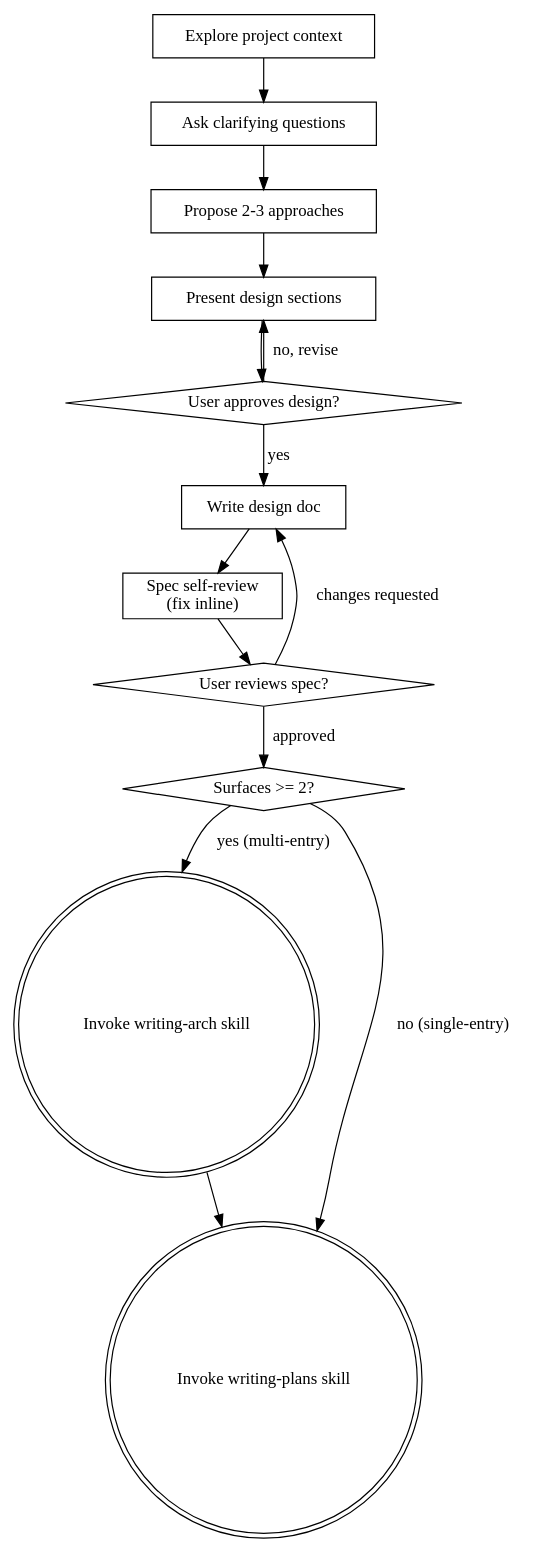
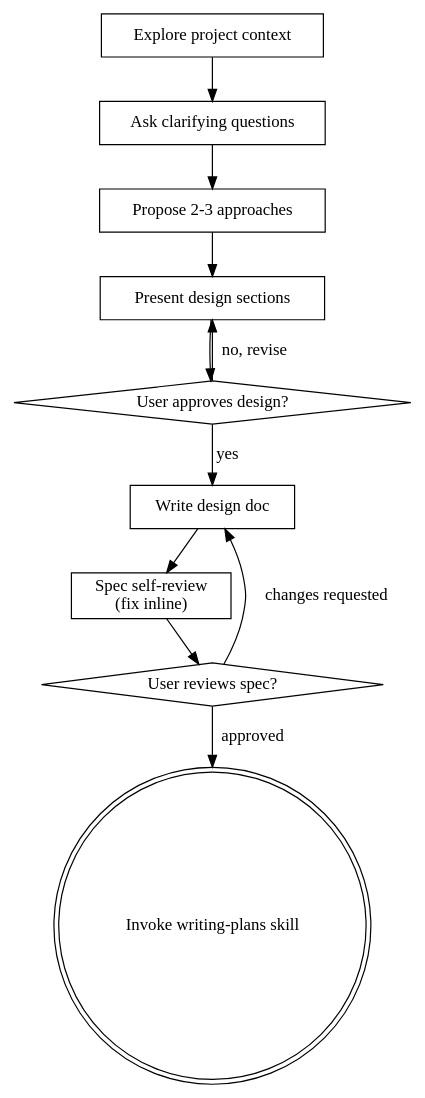
The diagram in skills/brainstorming/SKILL.md (oxydavid-maxx/superpowers), drawn with Graphviz before and after one commit. The commit also changed other lines of this file and 4 other files, not shown here.

First line of the commit message:
feat(vmodel): cut writing-arch — Capability Registry IS the placement decision

````diff
--- a/skills/brainstorming/SKILL.md
+++ b/skills/brainstorming/SKILL.md
@@ -40,29 +40,24 @@
 ```dot
 digraph brainstorming {
     "Explore project context" [shape=box];
     "Ask clarifying questions" [shape=box];
     "Propose 2-3 approaches" [shape=box];
     "Present design sections" [shape=box];
     "User approves design?" [shape=diamond];
     "Write design doc" [shape=box];
     "Spec self-review\n(fix inline)" [shape=box];
     "User reviews spec?" [shape=diamond];
-    "Surfaces >= 2?" [shape=diamond];
-    "Invoke writing-arch skill" [shape=doublecircle];
     "Invoke writing-plans skill" [shape=doublecircle];
 
     "Explore project context" -> "Ask clarifying questions";
     "Ask clarifying questions" -> "Propose 2-3 approaches";
     "Propose 2-3 approaches" -> "Present design sections";
     "Present design sections" -> "User approves design?";
     "User approves design?" -> "Present design sections" [label="no, revise"];
     "User approves design?" -> "Write design doc" [label="yes"];
     "Write design doc" -> "Spec self-review\n(fix inline)";
     "Spec self-review\n(fix inline)" -> "User reviews spec?";
     "User reviews spec?" -> "Write design doc" [label="changes requested"];
-    "User reviews spec?" -> "Surfaces >= 2?" [label="approved"];
-    "Surfaces >= 2?" -> "Invoke writing-arch skill" [label="yes (multi-entry)"];
-    "Surfaces >= 2?" -> "Invoke writing-plans skill" [label="no (single-entry)"];
-    "Invoke writing-arch skill" -> "Invoke writing-plans skill";
+    "User reviews spec?" -> "Invoke writing-plans skill" [label="approved"];
 }
 ```
````
